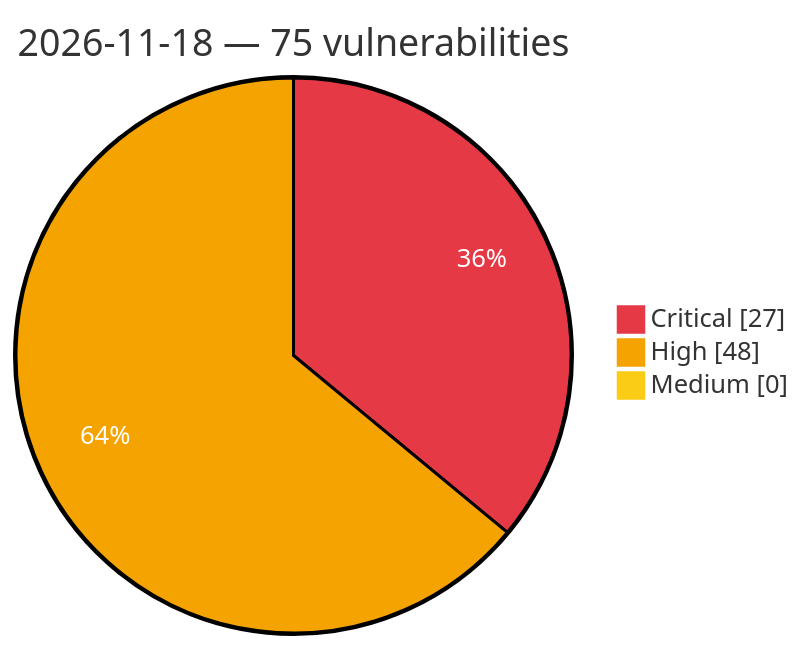
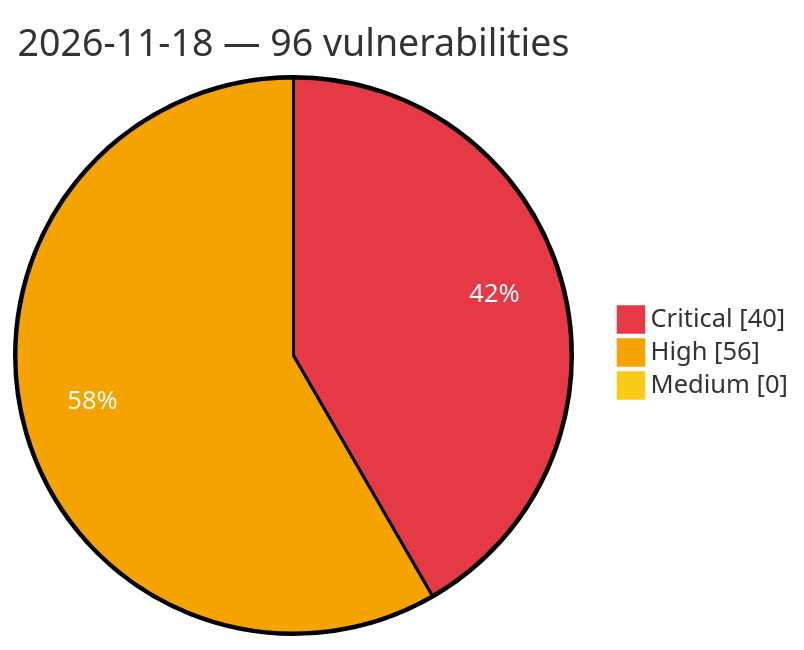
The diagram in vulnerabilities/2026/November/2026-11-18.md (GhostX0X/vuln-tracker), drawn with Mermaid before and after one commit. The commit also changed other lines of this file and 8 other files, not shown here.

Commit message:
Auto update: critical/high vulns (2026-11-19 04:11 UTC)

````diff
--- a/vulnerabilities/2026/November/2026-11-18.md
+++ b/vulnerabilities/2026/November/2026-11-18.md
@@ -3,8 +3,8 @@
 ```mermaid
 %%{init: {'theme':'base', 'themeVariables': {'pie1':'#e63946', 'pie2':'#f4a300', 'pie3':'#facc15', 'pieOpacity':'1', 'pieOuterStrokeWidth':'2px', 'pieSectionTextColor':'#ffffff'}}}%%
 pie showData
-    title 2026-11-18 — 75 vulnerabilities
-    "Critical" : 27
-    "High" : 48
+    title 2026-11-18 — 96 vulnerabilities
+    "Critical" : 40
+    "High" : 56
     "Medium" : 0
 ```
````
